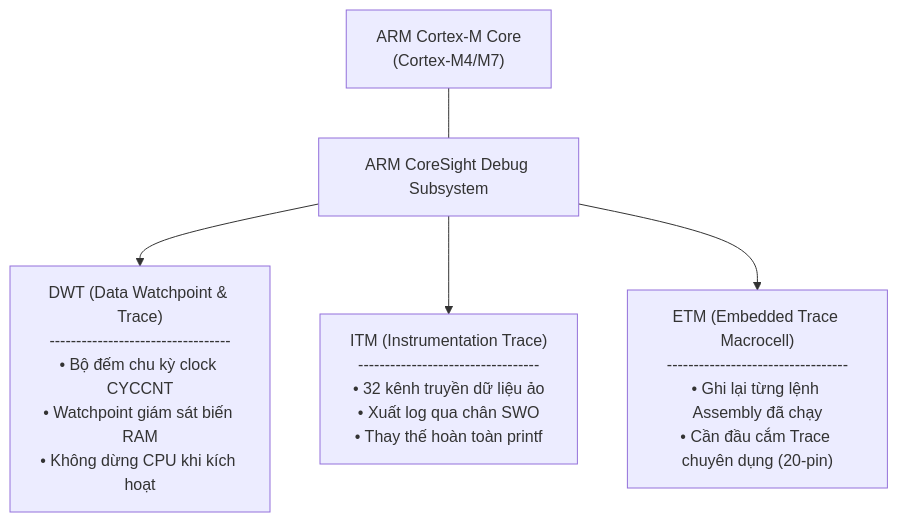
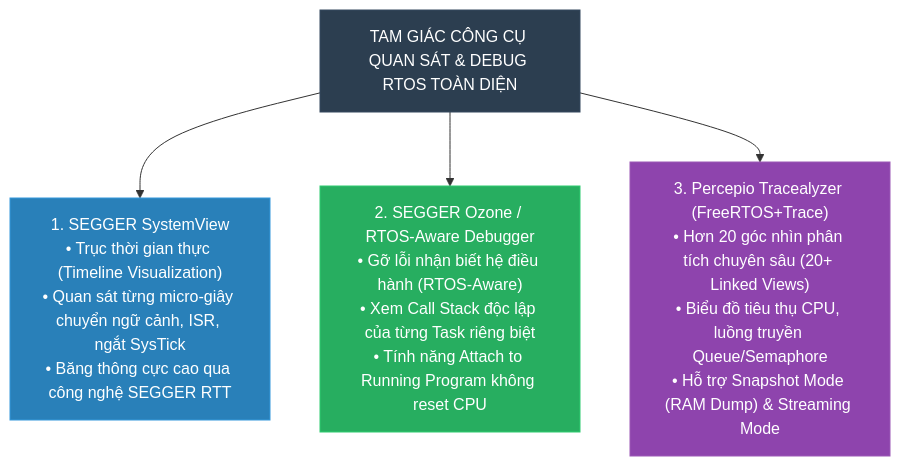
Before and after one commit to MinnT15/RTOS: the first of 3 diagrams in 15_Troubleshooting_and_Debug.md, drawn with Mermaid. The commit also changed other lines of this file and 1 other file, not shown here.

Commit message:
docs: upgrade Chapter 15 Troubleshooting and Debug to 100% textbook depth (Amos Ch17, Barry Ch11/12, Ozone, configASSERT & SystemView)

````diff
--- a/15_Troubleshooting_and_Debug.md
+++ b/15_Troubleshooting_and_Debug.md
@@ -137,8 +82,13 @@
 ```mermaid
 graph TD
-    CPU["ARM Cortex-M Core<br/>(Cortex-M4/M7)"] --- CORE_SIGHT["ARM CoreSight Debug Subsystem"]
+    TOOLS["TAM GIÁC CÔNG CỤ QUAN SÁT & DEBUG RTOS TOÀN DIỆN"]
     
-    CORE_SIGHT --> DWT["DWT (Data Watchpoint & Trace)<br/>----------------------------------<br/>• Bộ đếm chu kỳ clock CYCCNT<br/>• Watchpoint giám sát biến RAM<br/>• Không dừng CPU khi kích hoạt"]
-    CORE_SIGHT --> ITM["ITM (Instrumentation Trace)<br/>----------------------------------<br/>• 32 kênh truyền dữ liệu ảo<br/>• Xuất log qua chân SWO<br/>• Thay thế hoàn toàn printf"]
-    CORE_SIGHT --> ETM["ETM (Embedded Trace Macrocell)<br/>----------------------------------<br/>• Ghi lại từng lệnh Assembly đã chạy<br/>• Cần đầu cắm Trace chuyên dụng (20-pin)"]
+    TOOLS --> T1["1. SEGGER SystemView<br/>• Trục thời gian thực (Timeline Visualization)<br/>• Quan sát từng micro-giây chuyển ngữ cảnh, ISR, ngắt SysTick<br/>• Băng thông cực cao qua công nghệ SEGGER RTT"]
+    TOOLS --> T2["2. SEGGER Ozone / RTOS-Aware Debugger<br/>• Gỡ lỗi nhận biết hệ điều hành (RTOS-Aware)<br/>• Xem Call Stack độc lập của từng Task riêng biệt<br/>• Tính năng Attach to Running Program không reset CPU"]
+    TOOLS --> T3["3. Percepio Tracealyzer (FreeRTOS+Trace)<br/>• Hơn 20 góc nhìn phân tích chuyên sâu (20+ Linked Views)<br/>• Biểu đồ tiêu thụ CPU, luồng truyền Queue/Semaphore<br/>• Hỗ trợ Snapshot Mode (RAM Dump) & Streaming Mode"]
+
+    style TOOLS fill:#2c3e50,stroke:#34495e,color:#fff
+    style T1 fill:#2980b9,stroke:#3498db,color:#fff
+    style T2 fill:#27ae60,stroke:#2ecc71,color:#fff
+    style T3 fill:#8e44ad,stroke:#9b59b6,color:#fff
 ```
````
